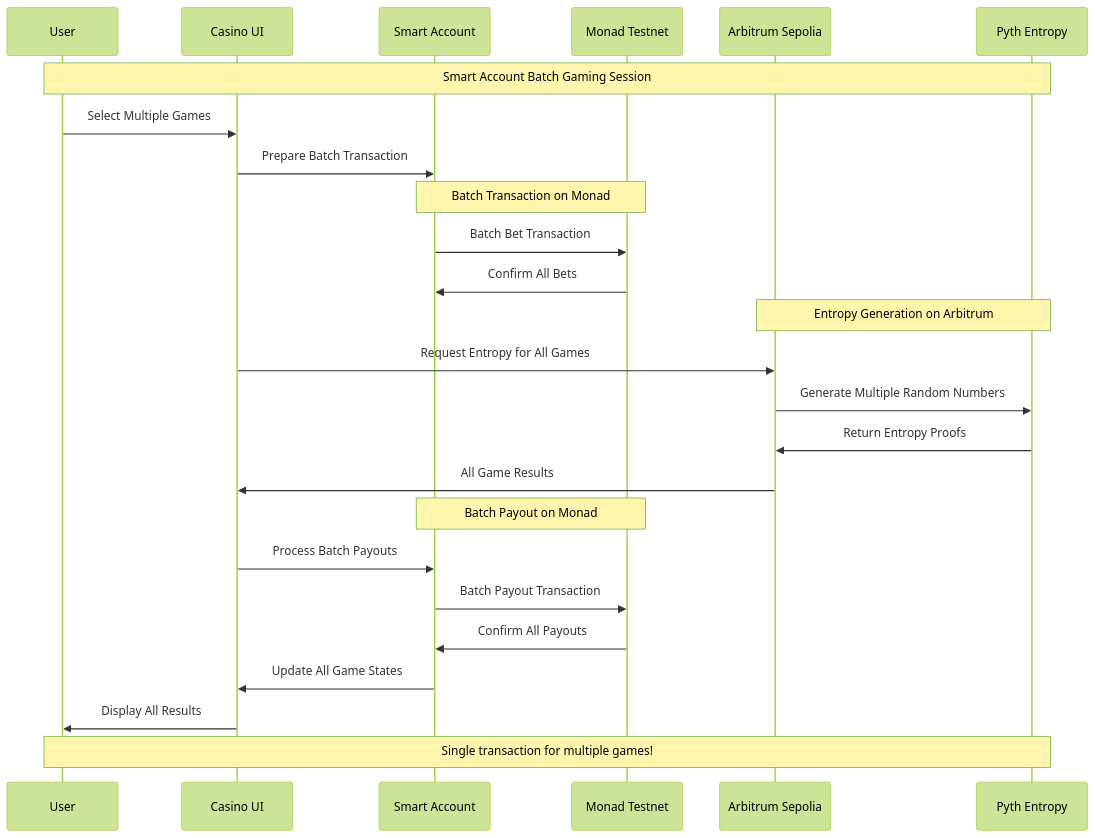
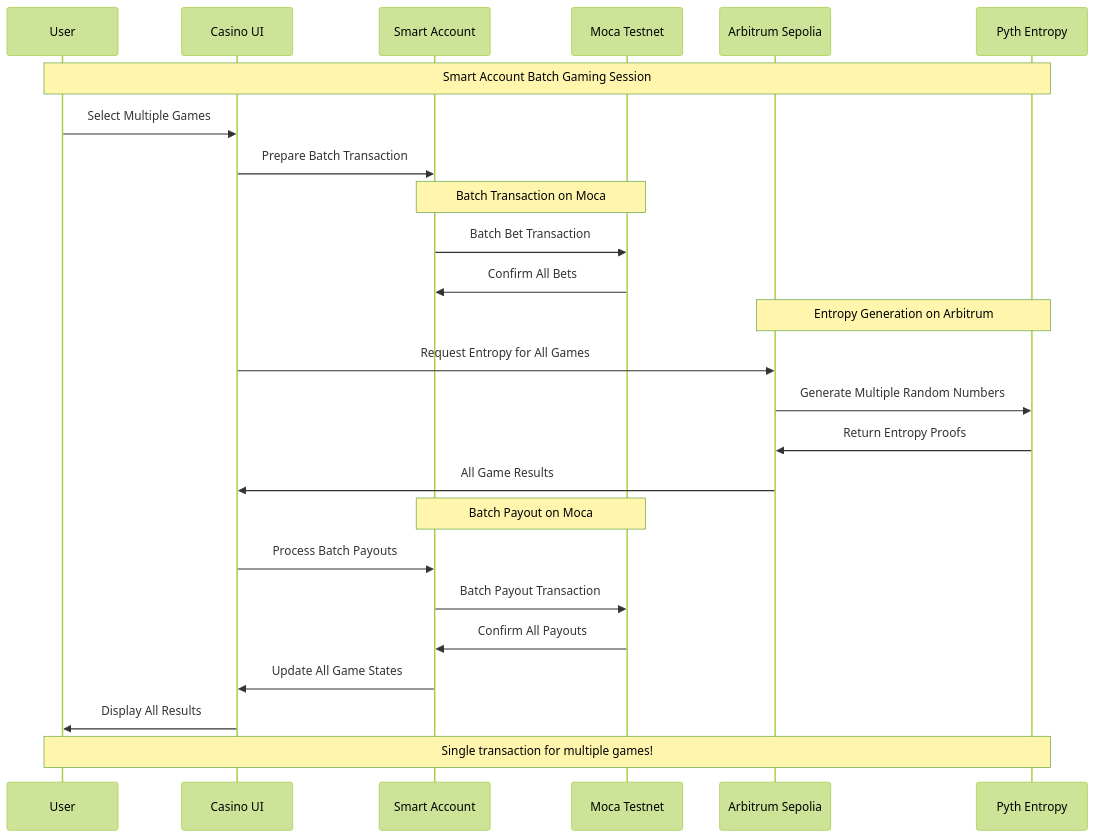
One commit to AmaanSayyad/APT-Casino-Moca changed the eighth of 9 diagrams in README.md. Above: the diagram before and after it, drawn with Mermaid (forest theme). The commit also changed other lines of this file and 16 other files, not shown here.

````diff
--- a/README.md
+++ b/README.md
@@ -481,34 +481,34 @@
 ```mermaid
 sequenceDiagram
     participant U as User
     participant UI as Casino UI
     participant SA as Smart Account
-    participant MT as Monad Testnet
+    participant MT as Moca Testnet
     participant AS as Arbitrum Sepolia
     participant PE as Pyth Entropy
     
     Note over U,PE: Smart Account Batch Gaming Session
     
     U->>UI: Select Multiple Games
     UI->>SA: Prepare Batch Transaction
     
-    Note over SA,MT: Batch Transaction on Monad
+    Note over SA,MT: Batch Transaction on Moca
     SA->>MT: Batch Bet Transaction
     MT->>SA: Confirm All Bets
     
     Note over AS,PE: Entropy Generation on Arbitrum
     UI->>AS: Request Entropy for All Games
     AS->>PE: Generate Multiple Random Numbers
     PE->>AS: Return Entropy Proofs
     AS->>UI: All Game Results
     
-    Note over SA,MT: Batch Payout on Monad
+    Note over SA,MT: Batch Payout on Moca
     UI->>SA: Process Batch Payouts
     SA->>MT: Batch Payout Transaction
     MT->>SA: Confirm All Payouts
     
     SA->>UI: Update All Game States
     UI->>U: Display All Results
     
     Note over U,PE: Single transaction for multiple games!
 ```
````
